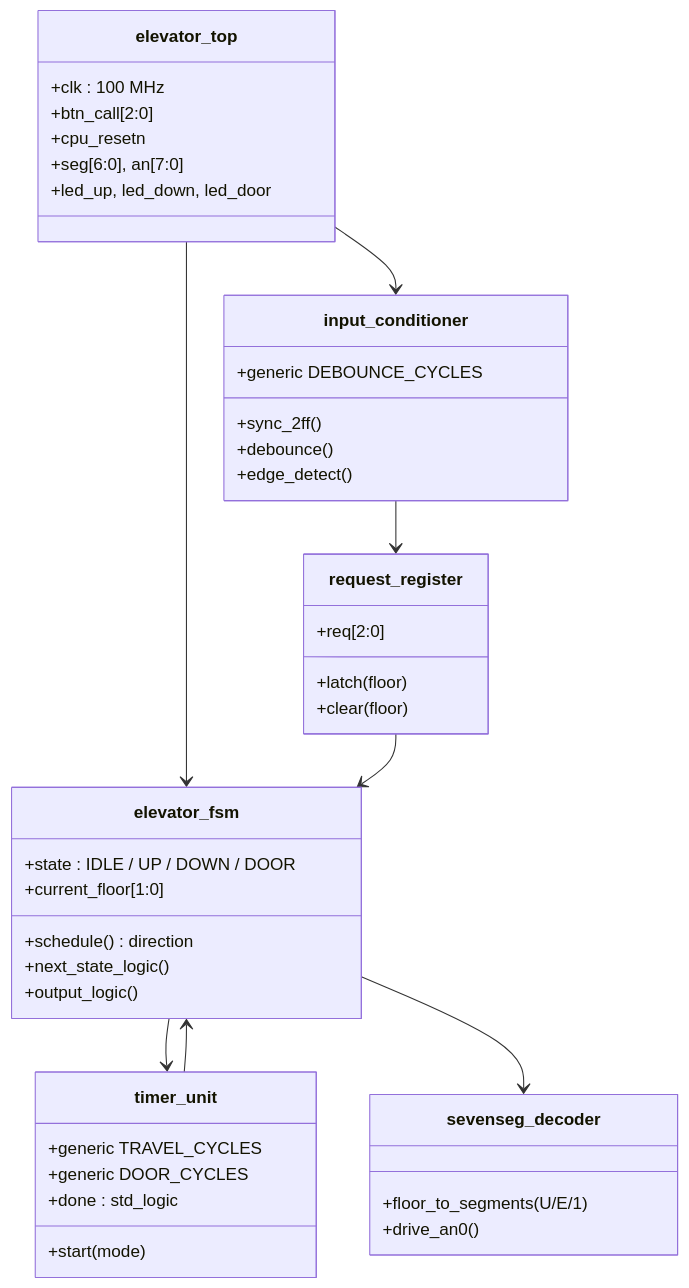
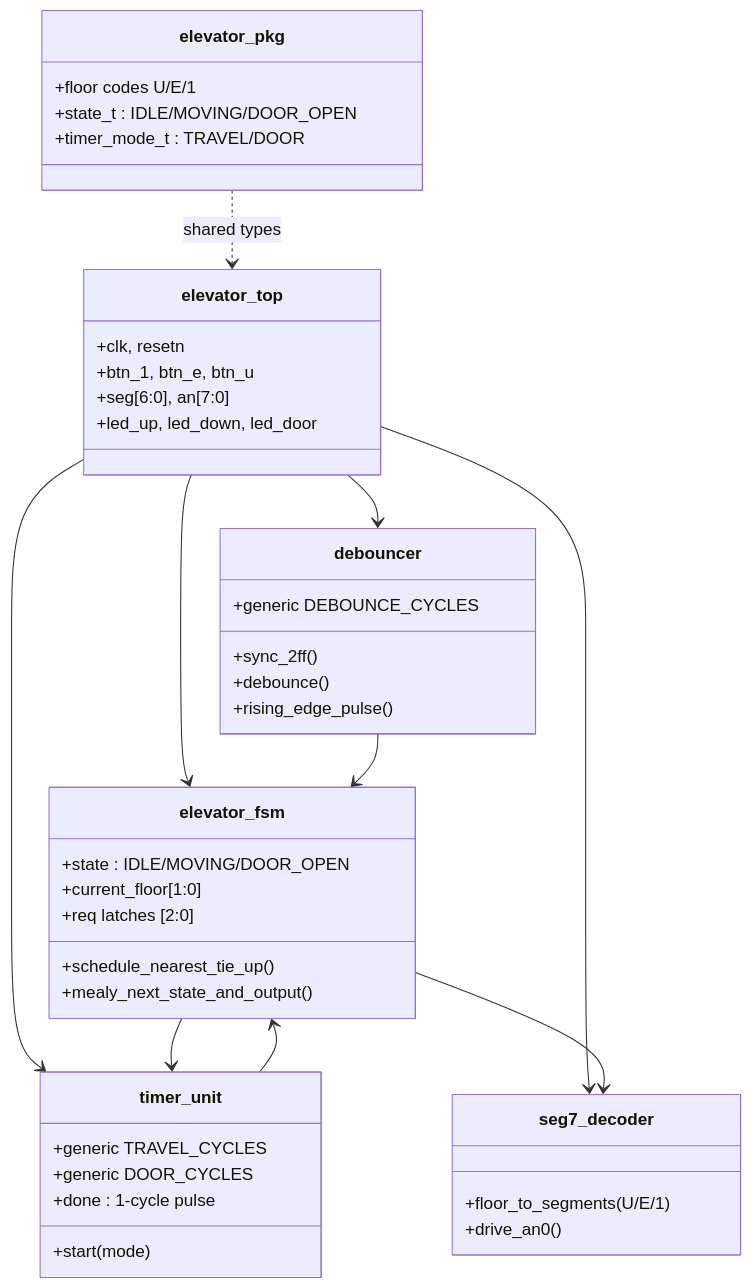
The third of 4 diagrams in project/README.md (Oluwasholape/SS2026_HWE_Lab_Team_A6), drawn with Mermaid before and after one commit. The commit also changed other lines of this file, not shown here.

````diff
--- a/project/README.md
+++ b/project/README.md
@@ -234,51 +155,47 @@
 ```mermaid
 classDiagram
+    class elevator_pkg {
+        +floor codes U/E/1
+        +state_t : IDLE/MOVING/DOOR_OPEN
+        +timer_mode_t : TRAVEL/DOOR
+    }
     class elevator_top {
-        +clk : 100 MHz
-        +btn_call[2:0]
-        +cpu_resetn
+        +clk, resetn
+        +btn_1, btn_e, btn_u
         +seg[6:0], an[7:0]
         +led_up, led_down, led_door
     }
-
-    class input_conditioner {
+    class debouncer {
         +generic DEBOUNCE_CYCLES
         +sync_2ff()
         +debounce()
-        +edge_detect()
+        +rising_edge_pulse()
     }
-
-    class request_register {
-        +req[2:0]
-        +latch(floor)
-        +clear(floor)
+    class elevator_fsm {
+        +state : IDLE/MOVING/DOOR_OPEN
+        +current_floor[1:0]
+        +req latches [2:0]
+        +schedule_nearest_tie_up()
+        +mealy_next_state_and_output()
     }
-
-    class elevator_fsm {
-        +state : IDLE / UP / DOWN / DOOR
-        +current_floor[1:0]
-        +schedule() direction
-        +next_state_logic()
-        +output_logic()
-    }
-
     class timer_unit {
         +generic TRAVEL_CYCLES
         +generic DOOR_CYCLES
         +start(mode)
-        +done : std_logic
+        +done : 1-cycle pulse
     }
-
-    class sevenseg_decoder {
+    class seg7_decoder {
         +floor_to_segments(U/E/1)
         +drive_an0()
     }
 
-    elevator_top --> input_conditioner
+    elevator_top --> debouncer
     elevator_top --> elevator_fsm
-    input_conditioner --> request_register
-    request_register --> elevator_fsm
+    elevator_top --> timer_unit
+    elevator_top --> seg7_decoder
+    debouncer --> elevator_fsm
     elevator_fsm --> timer_unit
     timer_unit --> elevator_fsm
-    elevator_fsm --> sevenseg_decoder
+    elevator_fsm --> seg7_decoder
+    elevator_pkg ..> elevator_top : shared types
 ```
````
